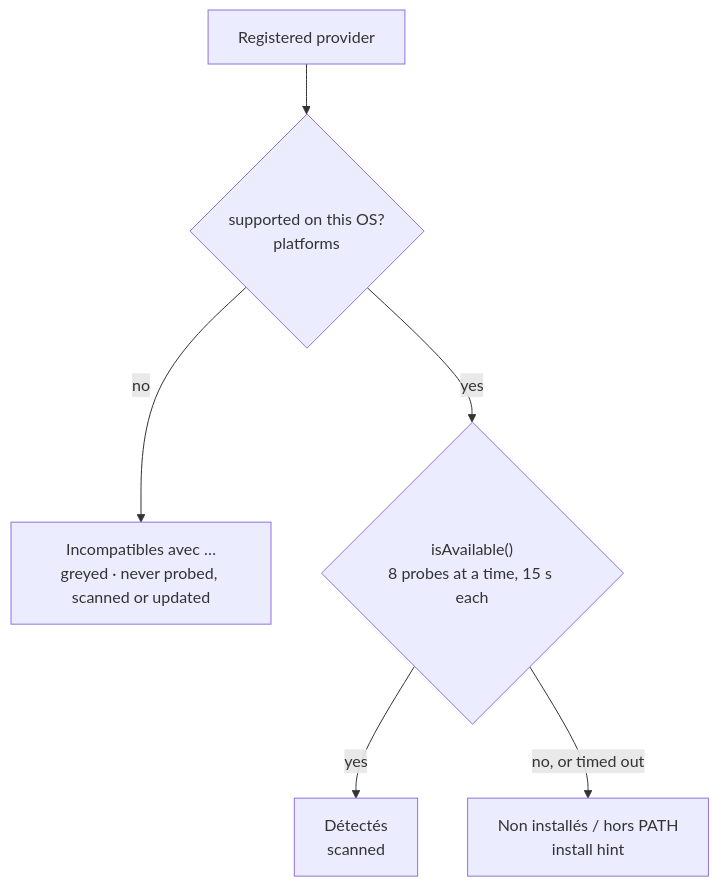
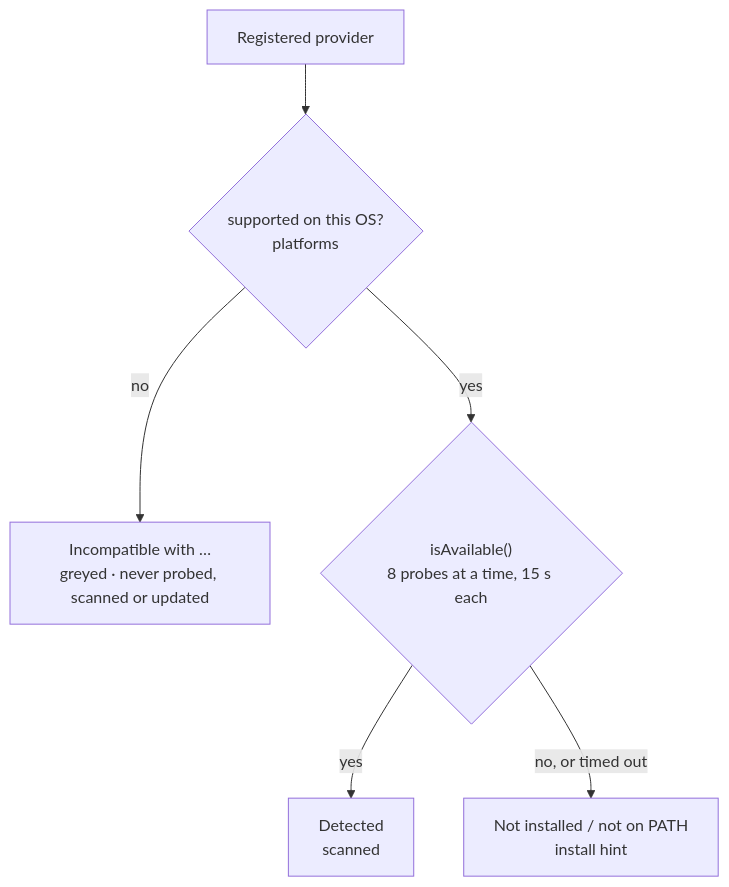
The fourth of 12 diagrams in docs/development/architecture.md (LINDECKER-Charles/gup), drawn with Mermaid before and after one commit. The commit also changed other lines of this file and 8 other files, not shown here.

````diff
--- a/docs/development/architecture.md
+++ b/docs/development/architecture.md
@@ -221,8 +223,8 @@
 ```mermaid
 flowchart TD
     P[Registered provider] --> S{"supported on this OS?<br/>platforms"}
-    S -->|no| G["Incompatibles avec …<br/>greyed · never probed, scanned or updated"]
+    S -->|no| G["Incompatible with …<br/>greyed · never probed, scanned or updated"]
     S -->|yes| A{"isAvailable()<br/>8 probes at a time, 15 s each"}
-    A -->|yes| D["Détectés<br/>scanned"]
-    A -->|"no, or timed out"| M["Non installés / hors PATH<br/>install hint"]
+    A -->|yes| D["Detected<br/>scanned"]
+    A -->|"no, or timed out"| M["Not installed / not on PATH<br/>install hint"]
 ```
````
